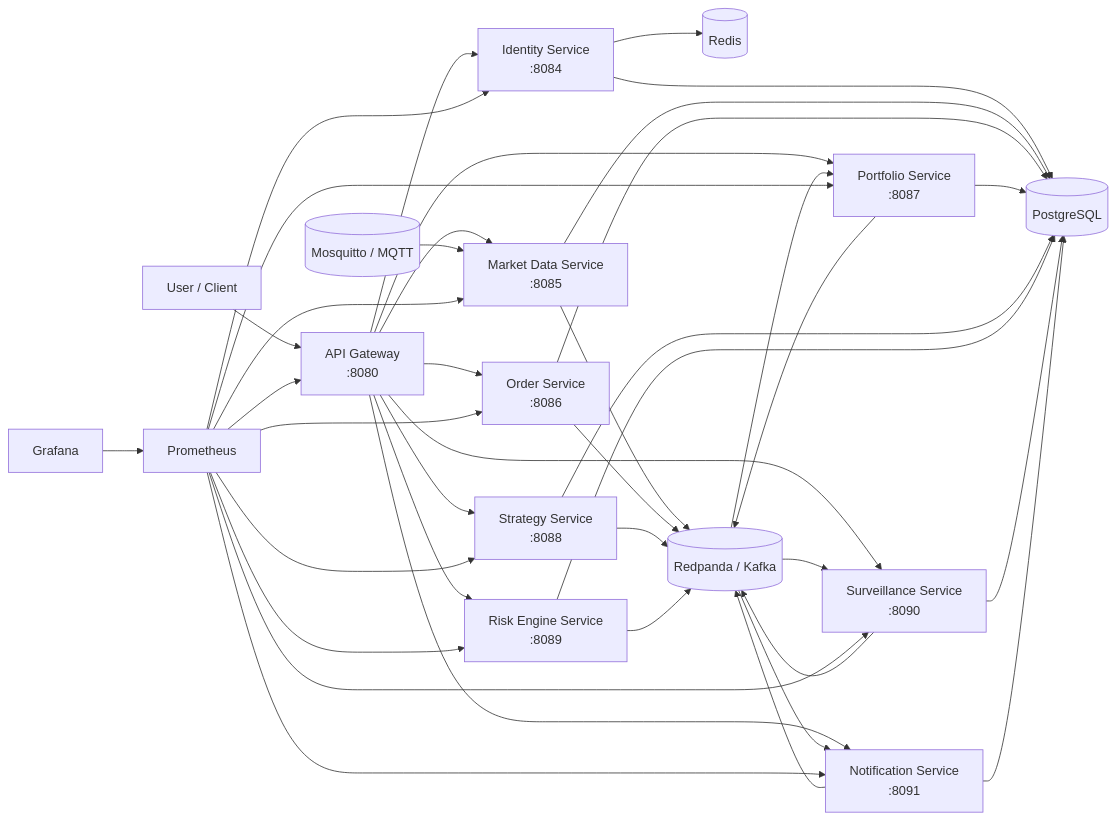
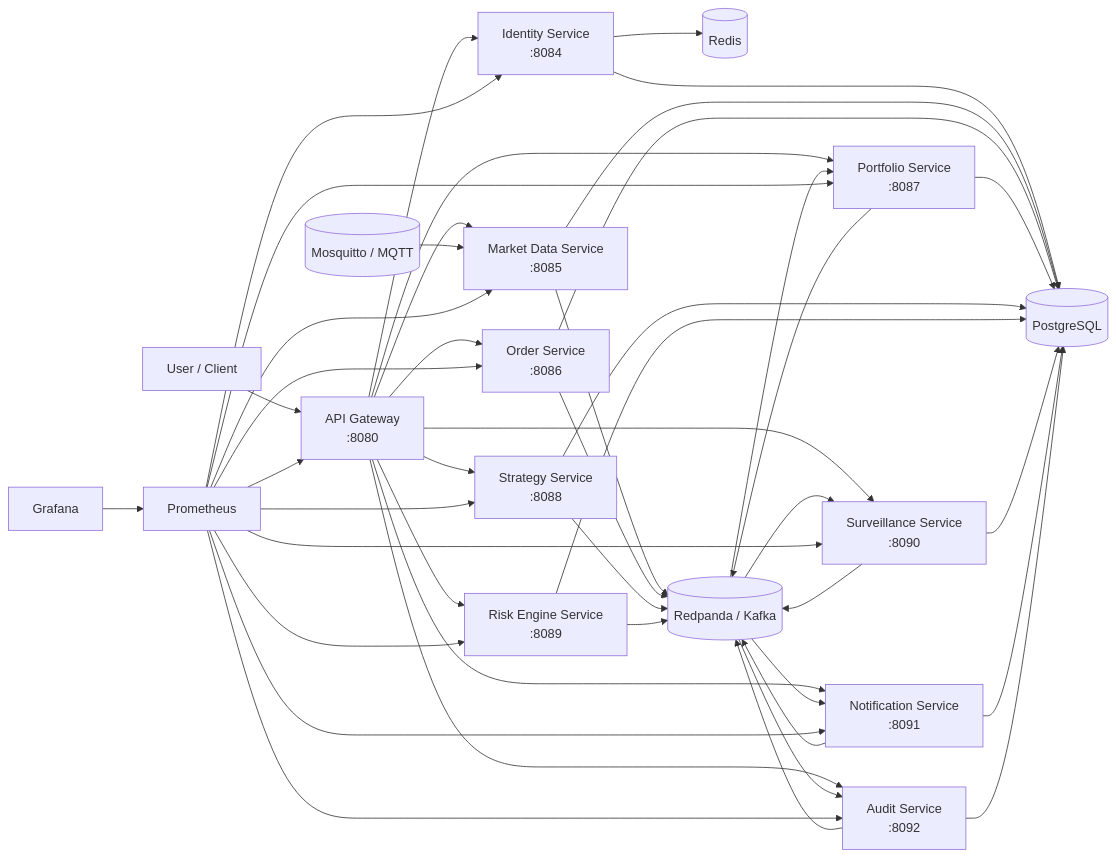
Before and after one commit to ietuday/tradeops-intelligence-platform: the first of 2 diagrams in docs/architecture/overview.md, drawn with Mermaid. The commit also changed other lines of this file and 45 other files, not shown here.

First line of the commit message:
feat(audit-service): implement Kafka producer for audit logs

````diff
--- a/docs/architecture/overview.md
+++ b/docs/architecture/overview.md
@@ -35,47 +36,52 @@
 ```mermaid
 flowchart LR
   user[User / Client] --> gateway[API Gateway<br/>:8080]
 
   gateway --> identity[Identity Service<br/>:8084]
   gateway --> market[Market Data Service<br/>:8085]
   gateway --> orders[Order Service<br/>:8086]
   gateway --> portfolio[Portfolio Service<br/>:8087]
   gateway --> strategy[Strategy Service<br/>:8088]
   gateway --> risk[Risk Engine Service<br/>:8089]
   gateway --> surveillance[Surveillance Service<br/>:8090]
   gateway --> notification[Notification Service<br/>:8091]
+  gateway --> audit[Audit Service<br/>:8092]
 
   identity --> postgres[(PostgreSQL)]
   identity --> redis[(Redis)]
   market --> postgres
   orders --> postgres
   portfolio --> postgres
   strategy --> postgres
   risk --> postgres
   surveillance --> postgres
   notification --> postgres
+  audit --> postgres
 
   mosquitto[(Mosquitto / MQTT)] --> market
   market --> redpanda[(Redpanda / Kafka)]
   orders --> redpanda
   portfolio --> redpanda
   strategy --> redpanda
   risk --> redpanda
   surveillance --> redpanda
   notification --> redpanda
+  audit --> redpanda
 
   redpanda --> portfolio
   redpanda --> surveillance
   redpanda --> notification
+  redpanda --> audit
 
   prometheus[Prometheus] --> gateway
   prometheus --> identity
   prometheus --> market
   prometheus --> orders
   prometheus --> portfolio
   prometheus --> strategy
   prometheus --> risk
   prometheus --> surveillance
   prometheus --> notification
+  prometheus --> audit
   grafana[Grafana] --> prometheus
 ```
````
